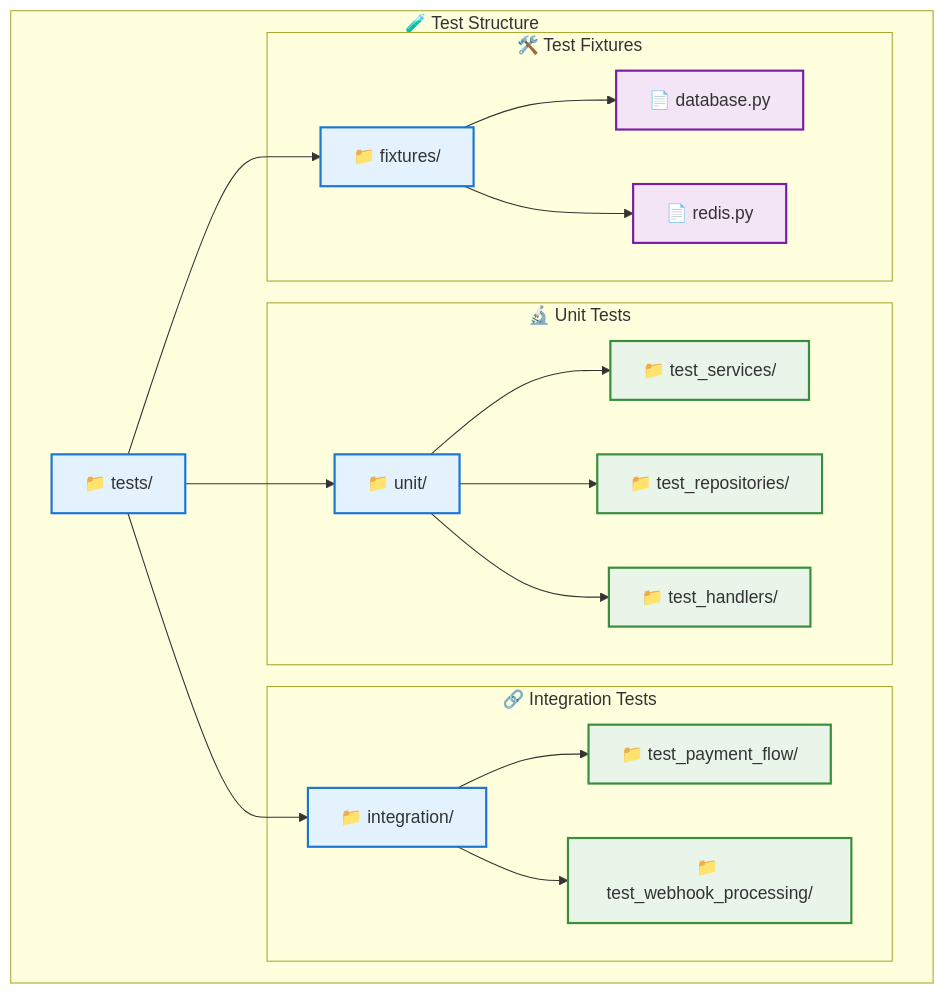
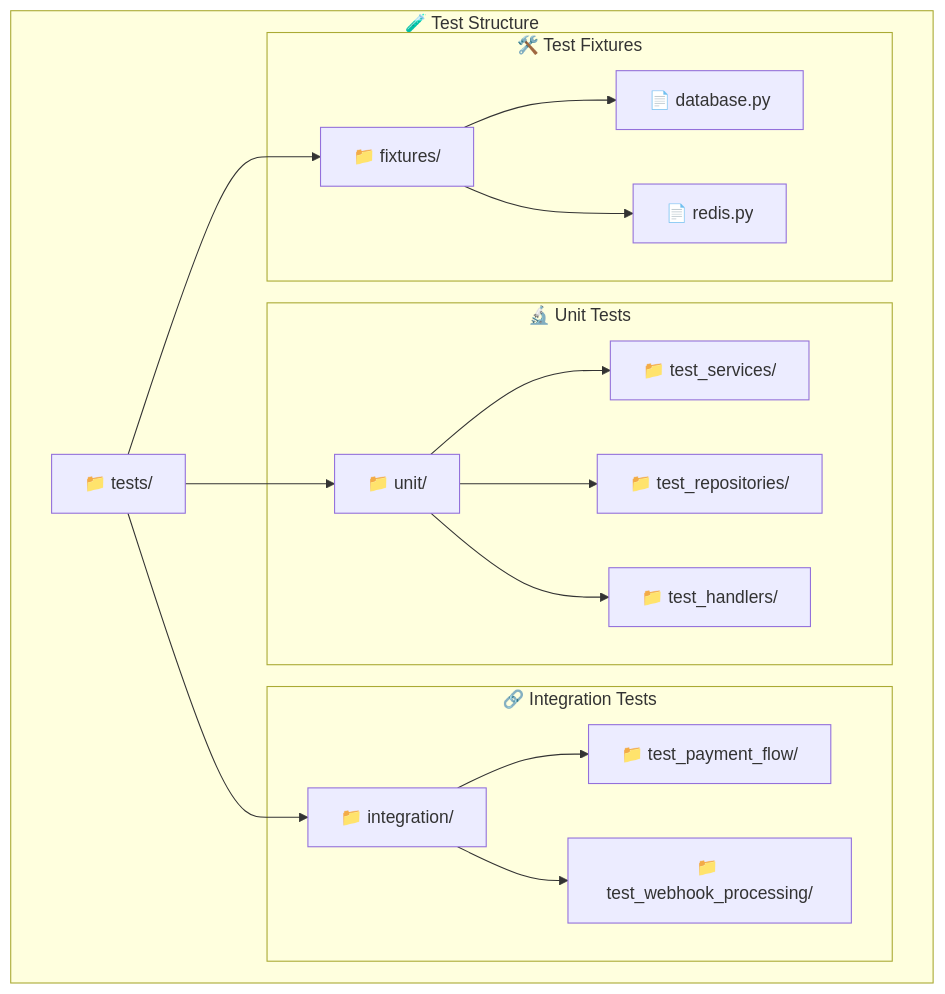
Before and after one commit to neKamita/Mirza-Telegram-Shop-Bot: the tenth of 10 diagrams in README.md, drawn with Mermaid. The commit also changed other lines of this file and 2 other files, not shown here.

````diff
--- a/README.md
+++ b/README.md
@@ -674,48 +663,39 @@
 ```mermaid
 graph TD
     subgraph "🧪 Test Structure"
         TESTS["📁 tests/"]
         
         subgraph "🔬 Unit Tests"
             UNIT["📁 unit/"]
             UNIT_SERVICES["📁 test_services/"]
             UNIT_REPOS["📁 test_repositories/"]
             UNIT_HANDLERS["📁 test_handlers/"]
         end
         
         subgraph "🔗 Integration Tests"
             INTEGRATION["📁 integration/"]
             INT_PAYMENT["📁 test_payment_flow/"]
             INT_WEBHOOK["📁 test_webhook_processing/"]
         end
         
         subgraph "🛠️ Test Fixtures"
             FIXTURES["📁 fixtures/"]
             FIX_DB["📄 database.py"]
             FIX_REDIS["📄 redis.py"]
         end
     end
     
     TESTS --> UNIT
     TESTS --> INTEGRATION
     TESTS --> FIXTURES
     
     UNIT --> UNIT_SERVICES
     UNIT --> UNIT_REPOS
     UNIT --> UNIT_HANDLERS
     
     INTEGRATION --> INT_PAYMENT
     INTEGRATION --> INT_WEBHOOK
     
     FIXTURES --> FIX_DB
     FIXTURES --> FIX_REDIS
-    
-    %% Styling
-    classDef folderStyle fill:#e3f2fd,stroke:#1976d2,stroke-width:2px
-    classDef fileStyle fill:#f3e5f5,stroke:#7b1fa2,stroke-width:2px
-    classDef testStyle fill:#e8f5e8,stroke:#388e3c,stroke-width:2px
-    
-    class TESTS,UNIT,INTEGRATION,FIXTURES folderStyle
-    class UNIT_SERVICES,UNIT_REPOS,UNIT_HANDLERS,INT_PAYMENT,INT_WEBHOOK testStyle
-    class FIX_DB,FIX_REDIS fileStyle
 ```
````
